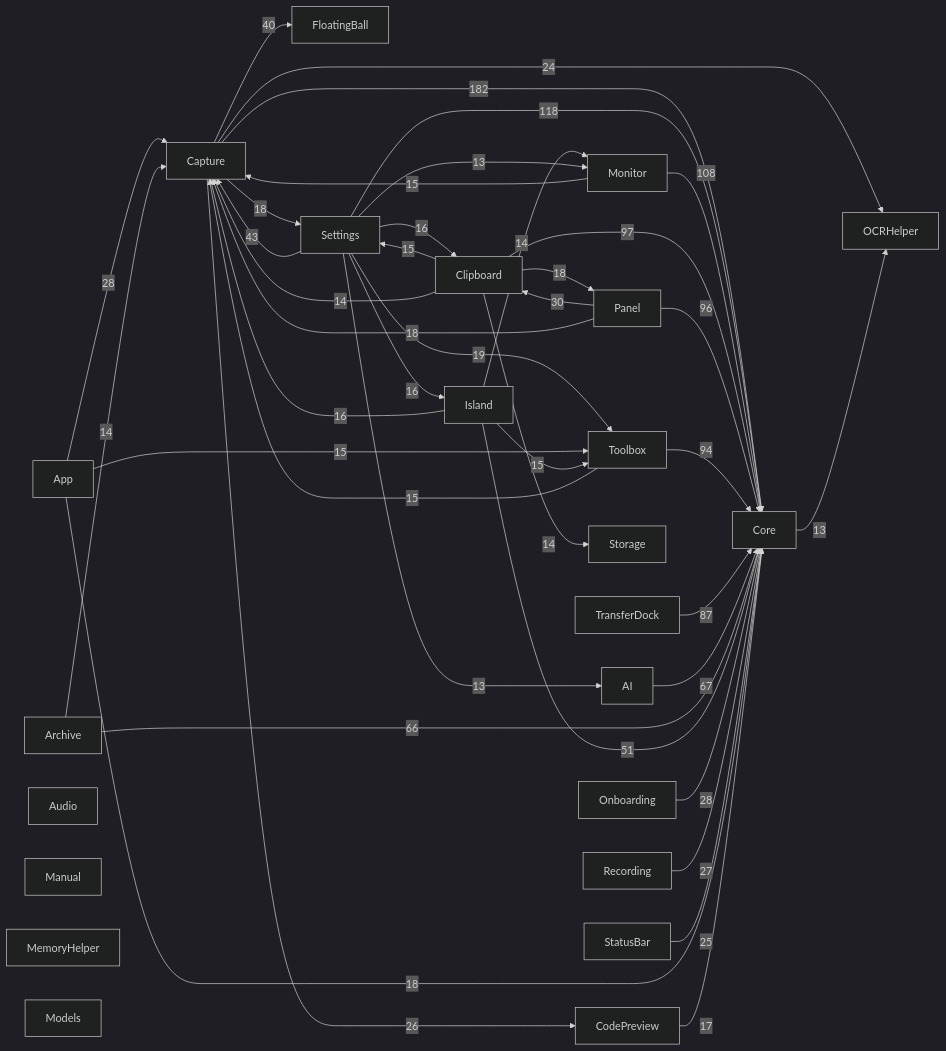
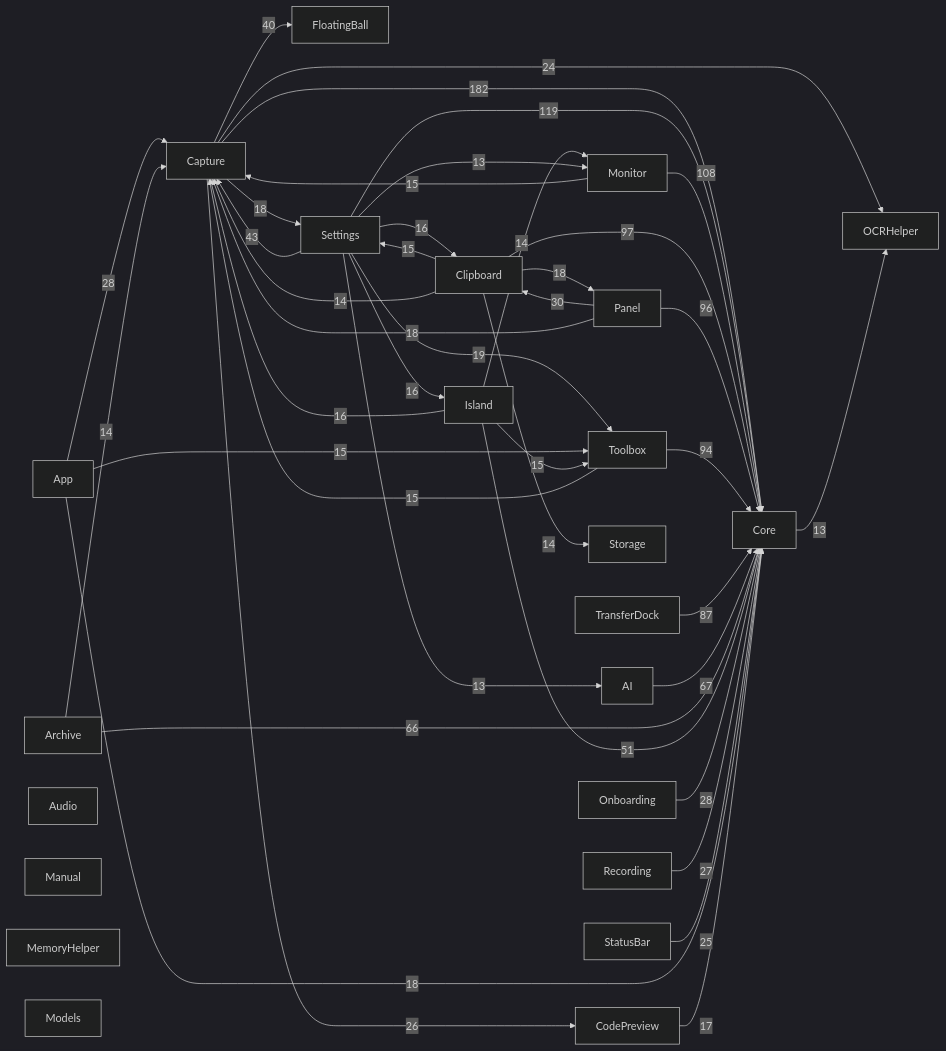
Before and after one commit to sxyq/Kitnest: the diagram in docs/00-总览/模块依赖图.md, drawn with Mermaid (dark theme). The commit also changed other lines of this file and 7 other files, not shown here.

````diff
--- a/docs/00-总览/模块依赖图.md
+++ b/docs/00-总览/模块依赖图.md
@@ -37,66 +37,66 @@
 ```mermaid
 flowchart LR
   M0["AI"]
   M1["App"]
   M2["Archive"]
   M3["Audio"]
   M4["Capture"]
   M5["Clipboard"]
   M6["CodePreview"]
   M7["Core"]
   M8["FloatingBall"]
   M9["Island"]
   M10["Manual"]
   M11["MemoryHelper"]
   M12["Models"]
   M13["Monitor"]
   M14["OCRHelper"]
   M15["Onboarding"]
   M16["Panel"]
   M17["Recording"]
   M18["Settings"]
   M19["StatusBar"]
   M20["Storage"]
   M21["Toolbox"]
   M22["TransferDock"]
   M4 -->|182| M7
-  M18 -->|118| M7
+  M18 -->|119| M7
   M13 -->|108| M7
   M5 -->|97| M7
   M16 -->|96| M7
   M21 -->|94| M7
   M22 -->|87| M7
   M0 -->|67| M7
   M2 -->|66| M7
   M9 -->|51| M7
   M18 -->|43| M4
   M4 -->|40| M8
   M16 -->|30| M5
   M1 -->|28| M4
   M15 -->|28| M7
   M17 -->|27| M7
   M4 -->|26| M6
   M19 -->|25| M7
   M4 -->|24| M14
   M18 -->|19| M21
   M1 -->|18| M7
   M4 -->|18| M18
   M16 -->|18| M4
   M5 -->|18| M16
   M6 -->|17| M7
   M18 -->|16| M5
   M18 -->|16| M9
   M9 -->|16| M4
   M1 -->|15| M21
   M13 -->|15| M4
   M21 -->|15| M4
   M9 -->|15| M21
   M5 -->|15| M18
   M2 -->|14| M4
   M9 -->|14| M13
   M5 -->|14| M4
   M5 -->|14| M20
   M7 -->|13| M14
   M18 -->|13| M0
   M18 -->|13| M13
 ```
````
